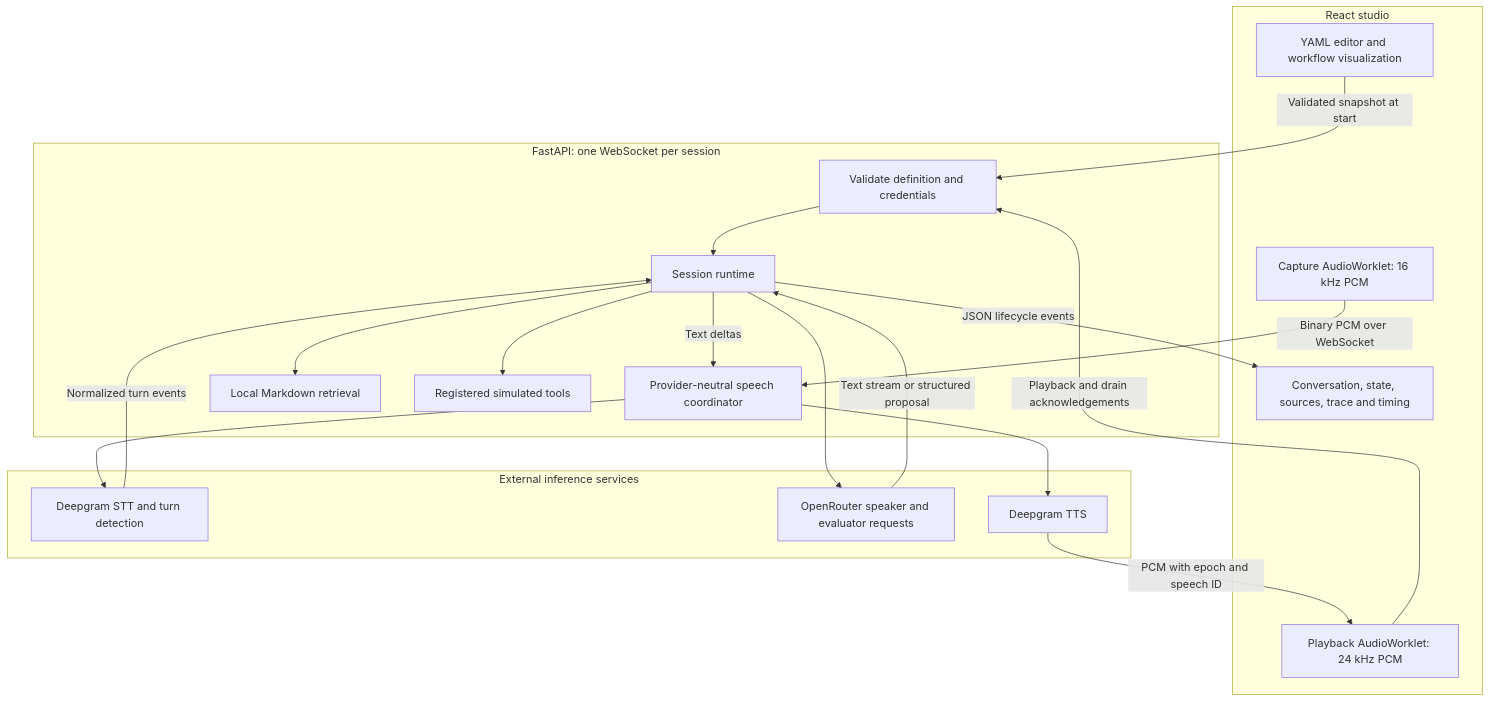
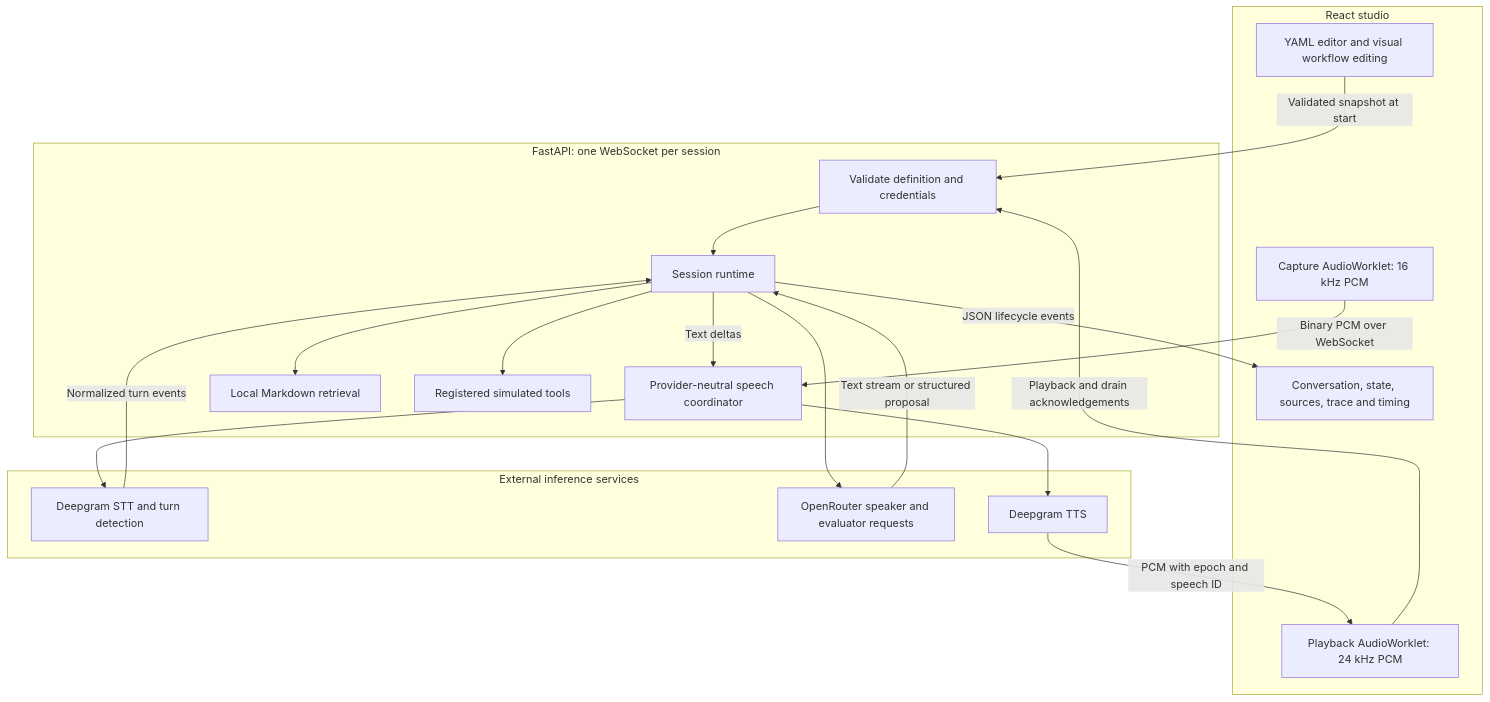
Before and after one commit to Prasad-178/libretto: the first of 2 diagrams in docs/architecture.md, drawn with Mermaid. The commit also changed other lines of this file and 10 other files, not shown here.

````diff
--- a/docs/architecture.md
+++ b/docs/architecture.md
@@ -11,35 +11,35 @@
 ```mermaid
 flowchart TB
     subgraph Browser[React studio]
-        Definition[YAML editor and workflow visualization]
+        Definition[YAML editor and visual workflow editing]
         Capture[Capture AudioWorklet: 16 kHz PCM]
         Output[Playback AudioWorklet: 24 kHz PCM]
         Inspect[Conversation, state, sources, trace and timing]
     end
     subgraph Backend[FastAPI: one WebSocket per session]
         API[Validate definition and credentials]
         Speech[Provider-neutral speech coordinator]
         Runtime[Session runtime]
         Retrieval[Local Markdown retrieval]
         Tools[Registered simulated tools]
     end
     subgraph Providers[External inference services]
         STT[Deepgram STT and turn detection]
         LLM[OpenRouter speaker and evaluator requests]
         TTS[Deepgram TTS]
     end
     Definition -->|Validated snapshot at start| API
     Capture -->|Binary PCM over WebSocket| Speech
     Speech --> STT
     STT -->|Normalized turn events| Runtime
     Runtime --> Retrieval
     Runtime --> LLM
     LLM -->|Text stream or structured proposal| Runtime
     Runtime -->|Text deltas| Speech
     Speech --> TTS
     TTS -->|PCM with epoch and speech ID| Output
     Output -->|Playback and drain acknowledgements| API
     API --> Runtime
     Runtime --> Tools
     Runtime -->|JSON lifecycle events| Inspect
 ```
````
